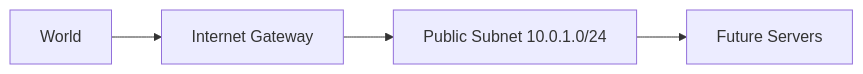
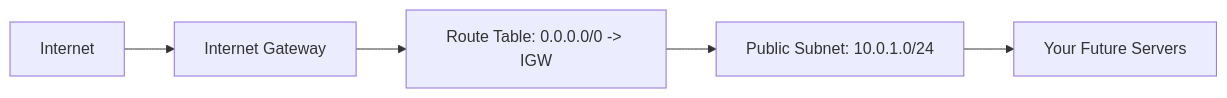
Before and after one commit to Ritik12062002/Terraform_RoadMap: the diagram in terraform_roadmap/labs/day02-vpc-basic/README.md, drawn with Mermaid. The commit also changed other lines of this file and 17 other files, not shown here.

Commit message:
Terraform Roadmap

````diff
--- a/terraform_roadmap/labs/day02-vpc-basic/README.md
+++ b/terraform_roadmap/labs/day02-vpc-basic/README.md
@@ -43,6 +58,7 @@
 ```mermaid
 graph LR
-    User[World] --> IGW[Internet Gateway]
-    IGW --> Subnet[Public Subnet 10.0.1.0/24]
-    Subnet --> EC2[Future Servers]
+    User[Internet] --> IGW[Internet Gateway]
+    IGW --> RT[Route Table: 0.0.0.0/0 -> IGW]
+    RT --> Subnet[Public Subnet: 10.0.1.0/24]
+    Subnet --> Server[Your Future Servers]
 ```
````
